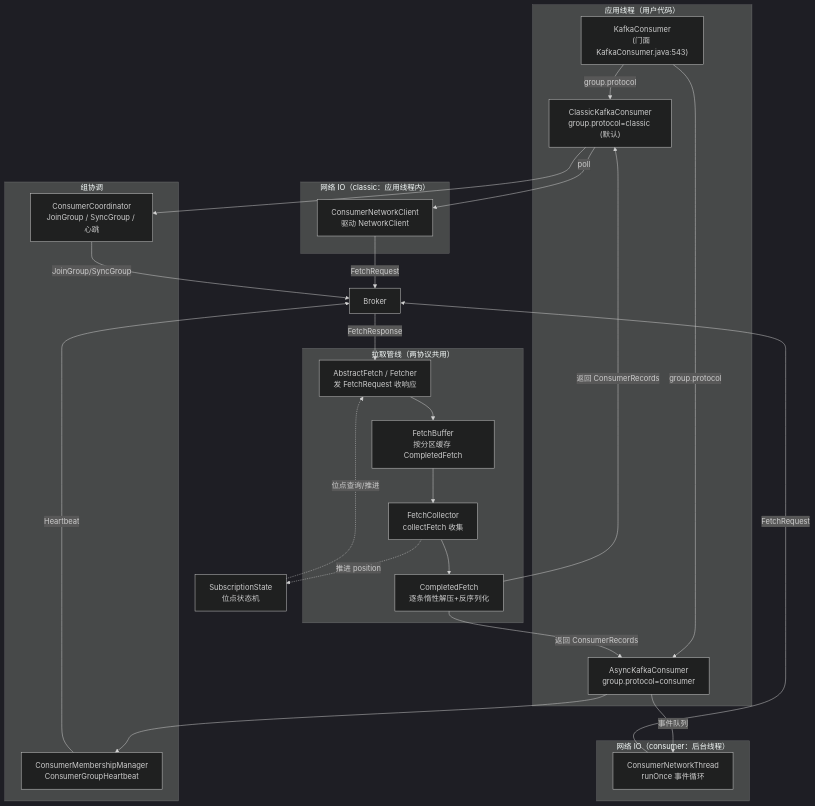
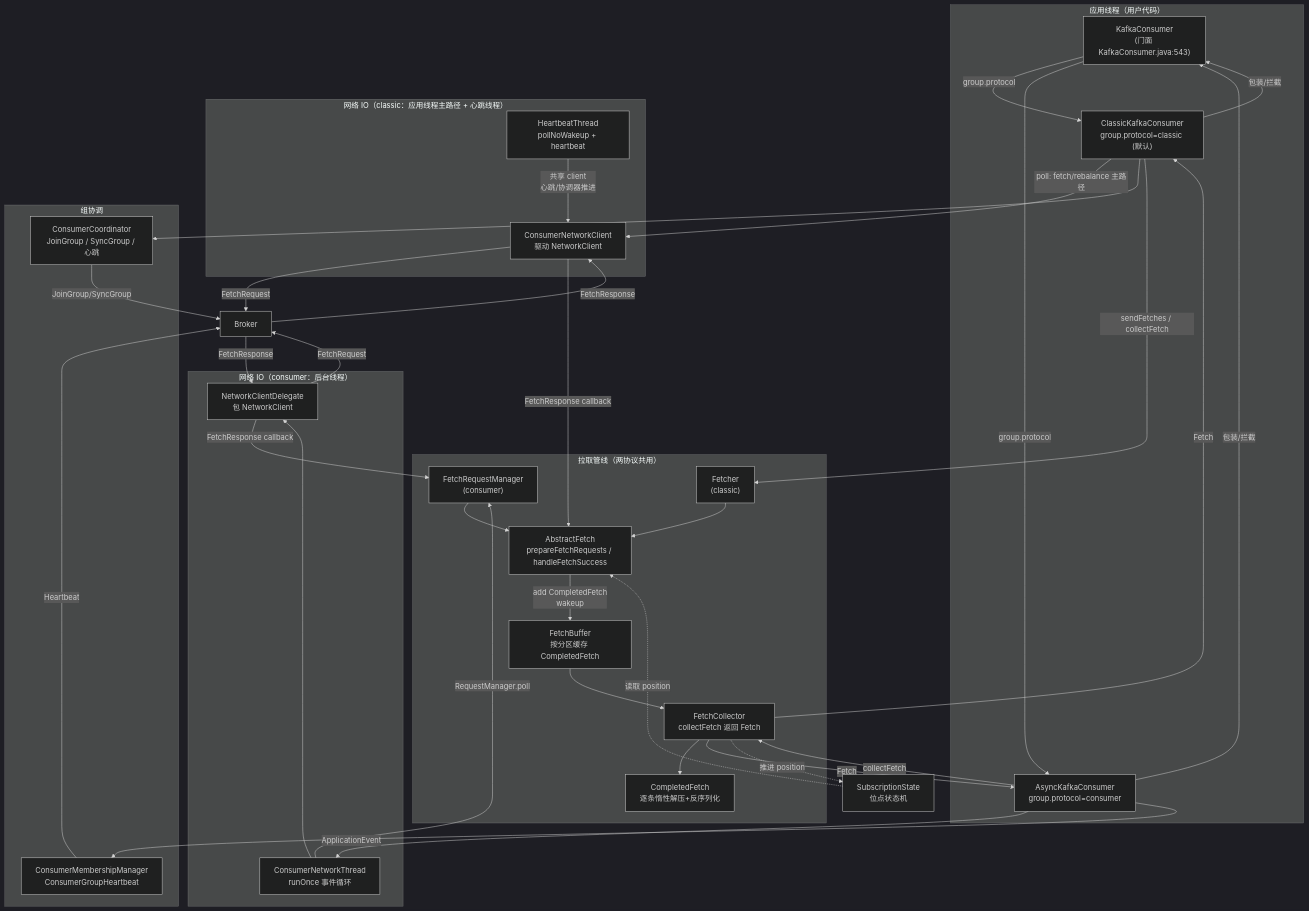
Before and after one commit to asprial-moon/kafka: the first of 13 diagrams in clients/src/main/resources/KafkaConsumer消费链路源码解析.md, drawn with Mermaid (dark theme). The commit also changed other lines of this file and 1 other file, not shown here.

````diff
--- a/clients/src/main/resources/KafkaConsumer消费链路源码解析.md
+++ b/clients/src/main/resources/KafkaConsumer消费链路源码解析.md
@@ -40,50 +40,66 @@
 ```mermaid
 flowchart TB
     subgraph APP["应用线程（用户代码）"]
         KC["KafkaConsumer<br/>(门面 KafkaConsumer.java:543)"]
         CLS["ClassicKafkaConsumer<br/>group.protocol=classic (默认)"]
         ASY["AsyncKafkaConsumer<br/>group.protocol=consumer"]
     end
 
-    subgraph NET_CLS["网络 IO（classic：应用线程内）"]
+    subgraph NET_CLS["网络 IO（classic：应用线程主路径 + 心跳线程）"]
         CNC["ConsumerNetworkClient<br/>驱动 NetworkClient"]
+        HBT["HeartbeatThread<br/>pollNoWakeup + heartbeat"]
     end
 
     subgraph NET_ASY["网络 IO（consumer：后台线程）"]
         CNT["ConsumerNetworkThread<br/>runOnce 事件循环"]
+        NCD["NetworkClientDelegate<br/>包 NetworkClient"]
     end
 
     subgraph COORD["组协调"]
         CC["ConsumerCoordinator<br/>JoinGroup / SyncGroup / 心跳"]
         CMM["ConsumerMembershipManager<br/>ConsumerGroupHeartbeat"]
     end
 
     subgraph FETCH["拉取管线（两协议共用）"]
-        AF["AbstractFetch / Fetcher<br/>发 FetchRequest 收响应"]
+        AF["AbstractFetch<br/>prepareFetchRequests / handleFetchSuccess"]
+        FET["Fetcher<br/>(classic)"]
+        FRM["FetchRequestManager<br/>(consumer)"]
         FB["FetchBuffer<br/>按分区缓存 CompletedFetch"]
-        FCO["FetchCollector<br/>collectFetch 收集"]
         CF["CompletedFetch<br/>逐条惰性解压+反序列化"]
+        FCO["FetchCollector<br/>collectFetch 返回 Fetch"]
     end
 
     SS["SubscriptionState<br/>位点状态机"]
     BROKER["Broker"]
 
     KC -->|group.protocol| CLS
     KC -->|group.protocol| ASY
-    CLS -->|poll| CNC
+    CLS -->|poll: fetch/rebalance 主路径| CNC
     CLS --> CC
-    ASY -->|事件队列| CNT
+    CLS -->|sendFetches / collectFetch| FET
+    HBT -->|共享 client<br/>心跳/协调器推进| CNC
+    ASY -->|ApplicationEvent| CNT
+    ASY -->|collectFetch| FCO
     ASY --> CMM
+    CNT --> NCD
+    CNT -->|RequestManager.poll| FRM
+    FET --> AF
+    FRM --> AF
     CNC -->|FetchRequest| BROKER
-    CNT -->|FetchRequest| BROKER
+    NCD -->|FetchRequest| BROKER
+    BROKER -->|FetchResponse| CNC
+    BROKER -->|FetchResponse| NCD
     CC -->|JoinGroup/SyncGroup| BROKER
     CMM -->|Heartbeat| BROKER
-    BROKER -->|FetchResponse| AF
-    AF --> FB
+    CNC -->|FetchResponse callback| AF
+    NCD -->|FetchResponse callback| FRM
+    AF -->|add CompletedFetch<br/>wakeup| FB
     FB --> FCO
     FCO --> CF
-    CF -->|返回 ConsumerRecords| CLS
-    CF -->|返回 ConsumerRecords| ASY
-    SS -.位点查询/推进.-> AF
+    FCO -->|Fetch| CLS
+    FCO -->|Fetch| ASY
+    CLS -->|包装/拦截| KC
+    ASY -->|包装/拦截| KC
+    SS -.->|读取 position| AF
     FCO -.推进 position.-> SS
 ```
````
